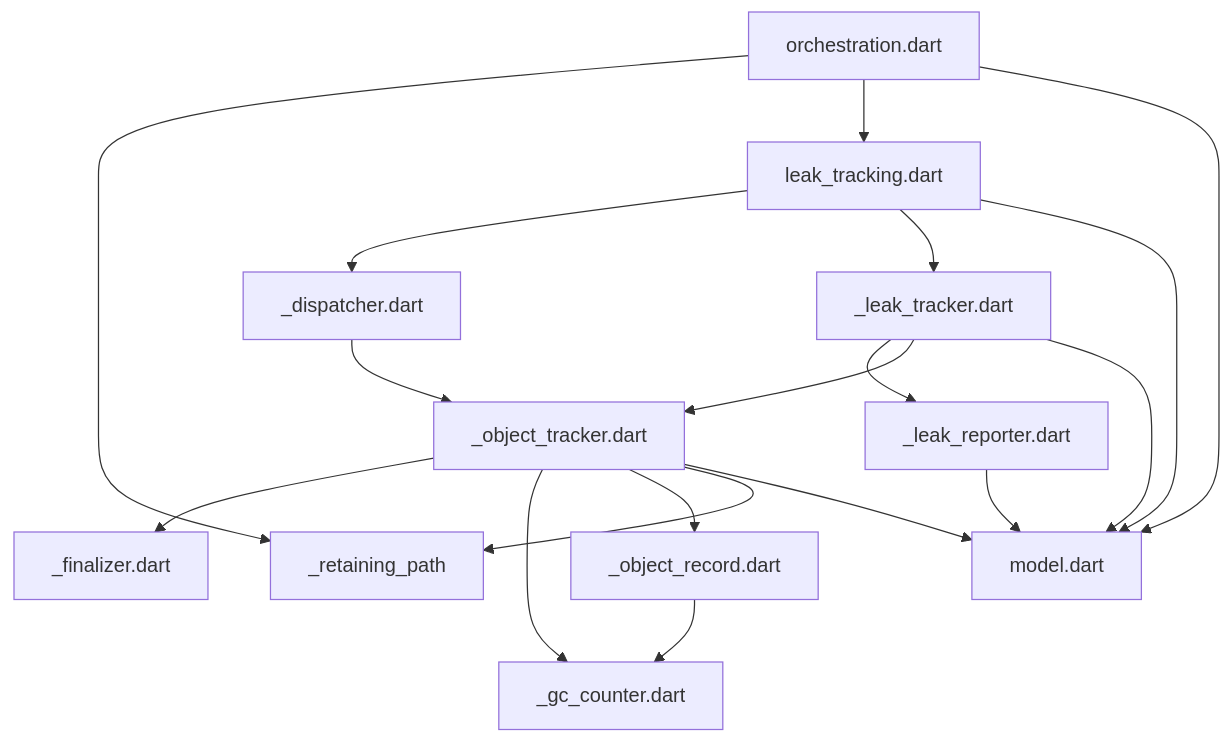
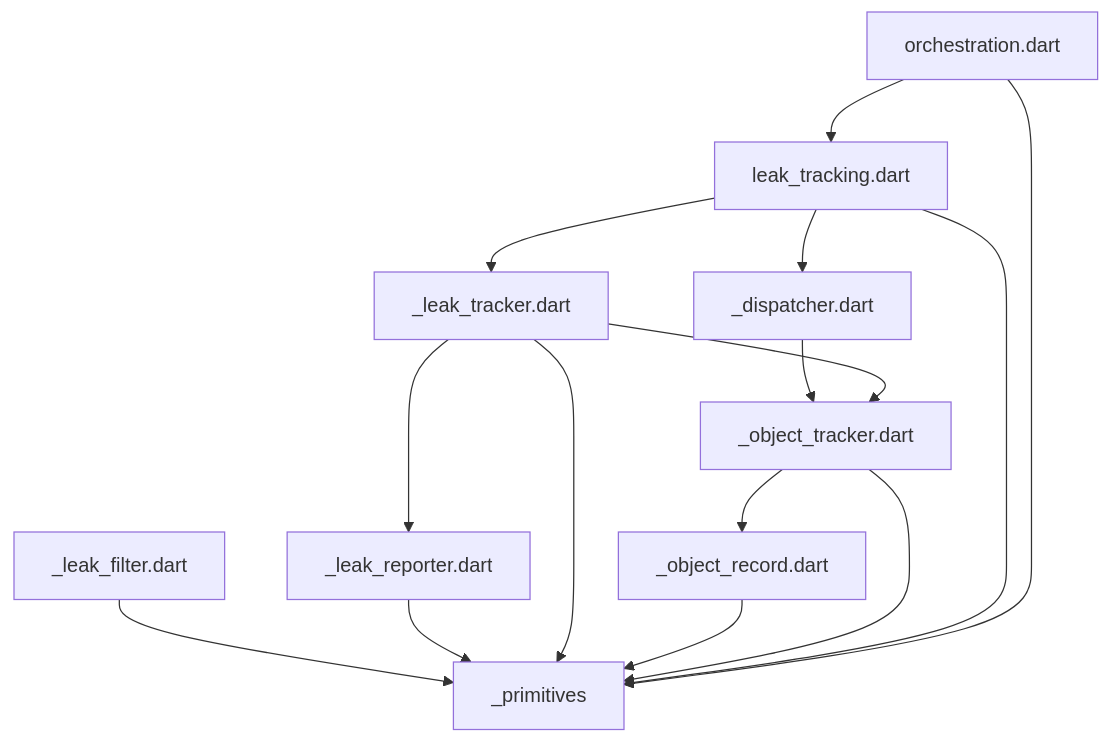
The diagram in pkgs/leak_tracker/lib/src/leak_tracking/DEPENDENCIES.md (dart-lang/leak_tracker), drawn with Mermaid before and after one commit. The commit also changed 10 other files, not shown here.

````diff
--- a/pkgs/leak_tracker/lib/src/leak_tracking/DEPENDENCIES.md
+++ b/pkgs/leak_tracker/lib/src/leak_tracking/DEPENDENCIES.md
@@ -6,20 +6,17 @@
 ```mermaid
 flowchart TD;
 _dispatcher.dart-->_object_tracker.dart;
-_leak_reporter.dart-->model.dart;
+_leak_filter.dart-->_primitives;
+_leak_reporter.dart-->_primitives;
 _leak_tracker.dart-->_leak_reporter.dart;
 _leak_tracker.dart-->_object_tracker.dart;
-_leak_tracker.dart-->model.dart;
-_object_record.dart-->_gc_counter.dart;
-_object_tracker.dart-->_finalizer.dart;
-_object_tracker.dart-->_gc_counter.dart;
+_leak_tracker.dart-->_primitives;
+_object_record.dart-->_primitives;
 _object_tracker.dart-->_object_record.dart;
-_object_tracker.dart-->_retaining_path;
-_object_tracker.dart-->model.dart;
+_object_tracker.dart-->_primitives;
 leak_tracking.dart-->_dispatcher.dart;
 leak_tracking.dart-->_leak_tracker.dart;
-leak_tracking.dart-->model.dart;
-orchestration.dart-->_retaining_path;
+leak_tracking.dart-->_primitives;
+orchestration.dart-->_primitives;
 orchestration.dart-->leak_tracking.dart;
-orchestration.dart-->model.dart;
 ```
````
